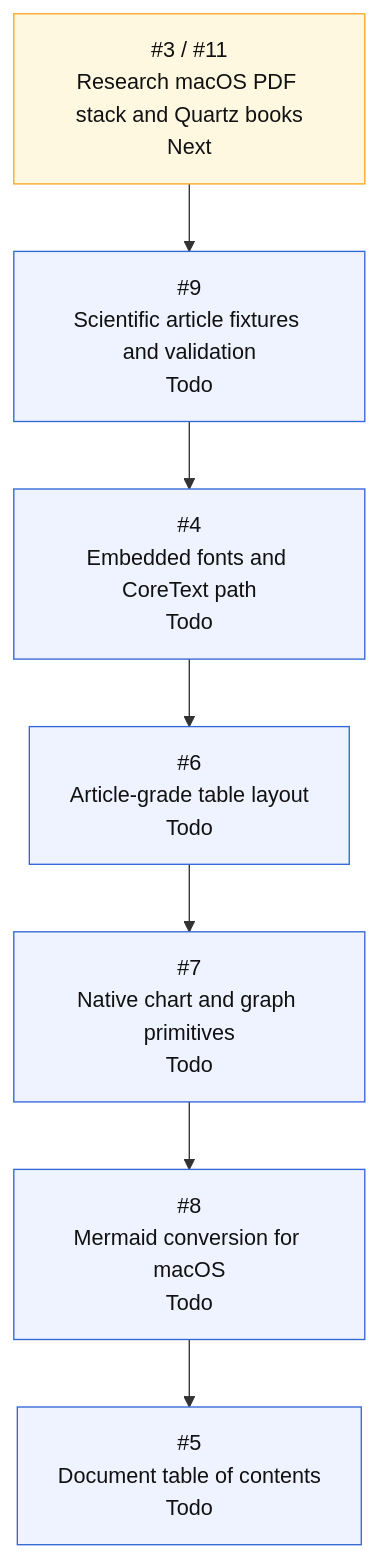
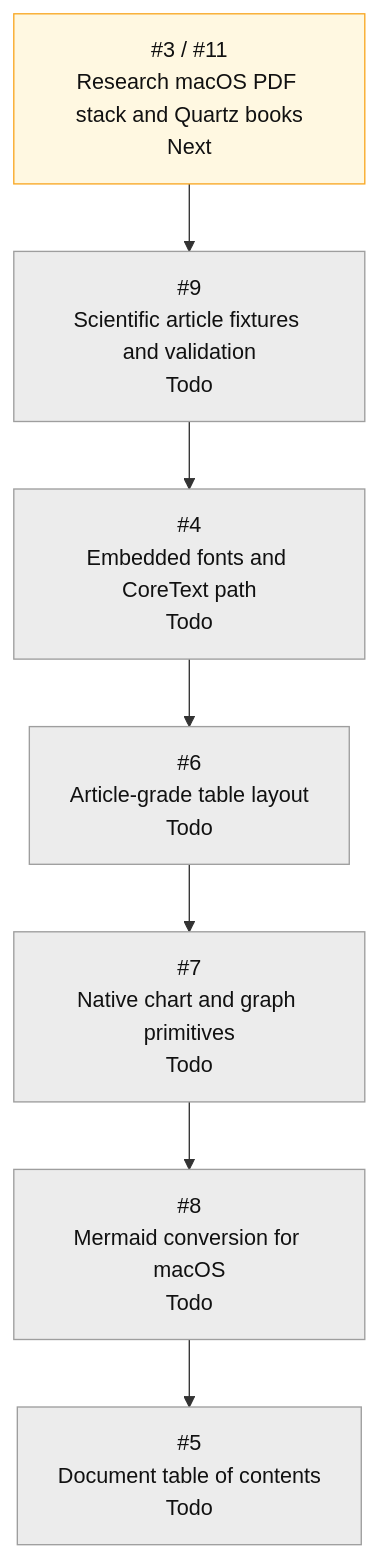
Before and after one commit to mihaelamj/MarkdownPDF: the fifth of 5 diagrams in README.md, drawn with Mermaid. The commit also changed other lines of this file, not shown here.

First line of the commit message:
docs(readme): grey out not-started epics in the roadmap

````diff
--- a/README.md
+++ b/README.md
@@ -574,20 +573,20 @@
 ```mermaid
 flowchart TD
     A0["#3 / #11<br/>Research macOS PDF stack and Quartz books<br/>Next"]
     A1["#9<br/>Scientific article fixtures and validation<br/>Todo"]
     A2["#4<br/>Embedded fonts and CoreText path<br/>Todo"]
     A3["#6<br/>Article-grade table layout<br/>Todo"]
     A4["#7<br/>Native chart and graph primitives<br/>Todo"]
     A5["#8<br/>Mermaid conversion for macOS<br/>Todo"]
     A6["#5<br/>Document table of contents<br/>Todo"]
 
     A0 --> A1 --> A2 --> A3 --> A4 --> A5 --> A6
 
     classDef done fill:#e8f5e9,stroke:#2e7d32,color:#111;
     classDef active fill:#e3f2fd,stroke:#1565c0,color:#111;
     classDef review fill:#f3e5f5,stroke:#7b1fa2,color:#111;
     classDef next fill:#fff8e1,stroke:#f9a825,color:#111;
-    classDef todo fill:#eef3ff,stroke:#3367d6,color:#111;
+    classDef todo fill:#ececec,stroke:#9e9e9e,color:#111;
     class A0 next;
     class A1,A2,A3,A4,A5,A6 todo;
 ```
````
